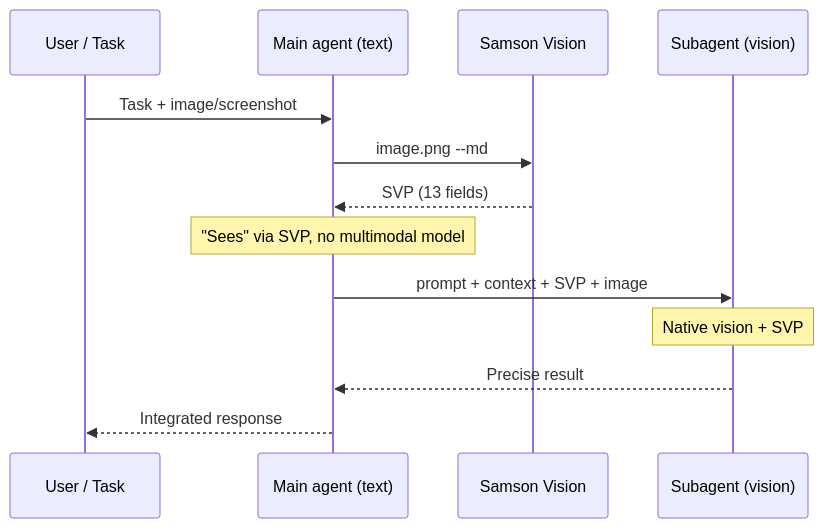
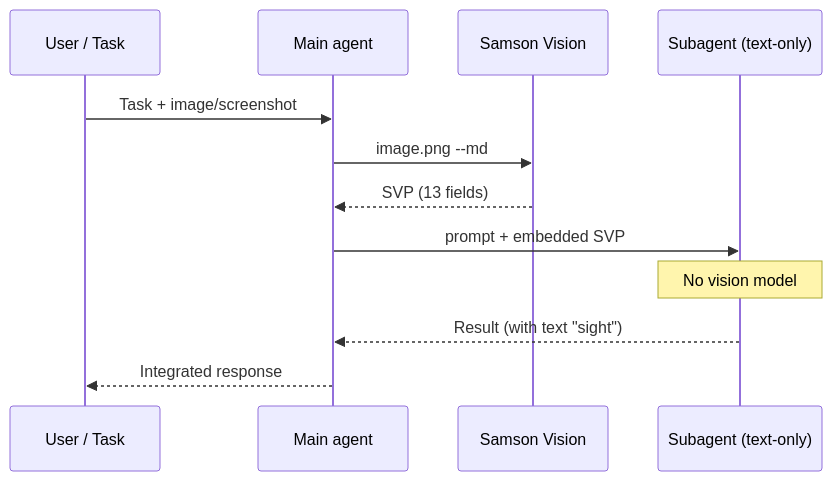
Before and after one commit to TonyRiera/samson-vision: the diagram in PUBLIC/README.md, drawn with Mermaid. The commit also changed other lines of this file and 2 other files, not shown here.

Commit message:
docs: subagent flow and DeepSeek Flash v4 naming

````diff
--- a/PUBLIC/README.md
+++ b/PUBLIC/README.md
@@ -48,16 +38,15 @@
 ```mermaid
 sequenceDiagram
     participant U as User / Task
-    participant M as Main agent (text)
+    participant M as Main agent
     participant SV as Samson Vision
-    participant S as Subagent (vision)
+    participant S as Subagent (text-only)
 
     U->>M: Task + image/screenshot
     M->>SV: image.png --md
     SV-->>M: SVP (13 fields)
-    Note over M: "Sees" via SVP, no multimodal model
-    M->>S: prompt + context + SVP + image
-    Note over S: Native vision + SVP
-    S-->>M: Precise result
+    M->>S: prompt + embedded SVP
+    Note over S: No vision model
+    S-->>M: Result (with text "sight")
     M-->>U: Integrated response
 ```
````
